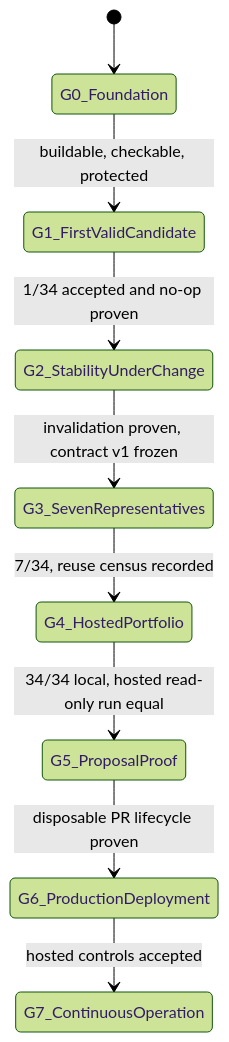
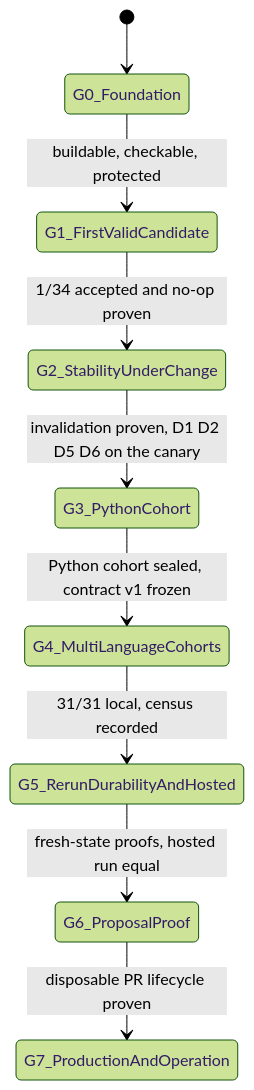
The first of 2 diagrams in docs/EXECUTION_STATE_MACHINE.md (babar-raza/repository-presenter), drawn with Mermaid (forest theme) before and after one commit. The commit also changed other lines of this file and 3 other files, not shown here.

````diff
--- a/docs/EXECUTION_STATE_MACHINE.md
+++ b/docs/EXECUTION_STATE_MACHINE.md
@@ -103,11 +103,11 @@
 ```mermaid
 stateDiagram-v2
     [*] --> G0_Foundation
     G0_Foundation --> G1_FirstValidCandidate: buildable, checkable, protected
     G1_FirstValidCandidate --> G2_StabilityUnderChange: 1/34 accepted and no-op proven
-    G2_StabilityUnderChange --> G3_SevenRepresentatives: invalidation proven, contract v1 frozen
-    G3_SevenRepresentatives --> G4_HostedPortfolio: 7/34, reuse census recorded
-    G4_HostedPortfolio --> G5_ProposalProof: 34/34 local, hosted read-only run equal
-    G5_ProposalProof --> G6_ProductionDeployment: disposable PR lifecycle proven
-    G6_ProductionDeployment --> G7_ContinuousOperation: hosted controls accepted
+    G2_StabilityUnderChange --> G3_PythonCohort: invalidation proven, D1 D2 D5 D6 on the canary
+    G3_PythonCohort --> G4_MultiLanguageCohorts: Python cohort sealed, contract v1 frozen
+    G4_MultiLanguageCohorts --> G5_RerunDurabilityAndHosted: 31/31 local, census recorded
+    G5_RerunDurabilityAndHosted --> G6_ProposalProof: fresh-state proofs, hosted run equal
+    G6_ProposalProof --> G7_ProductionAndOperation: disposable PR lifecycle proven
 ```
````
